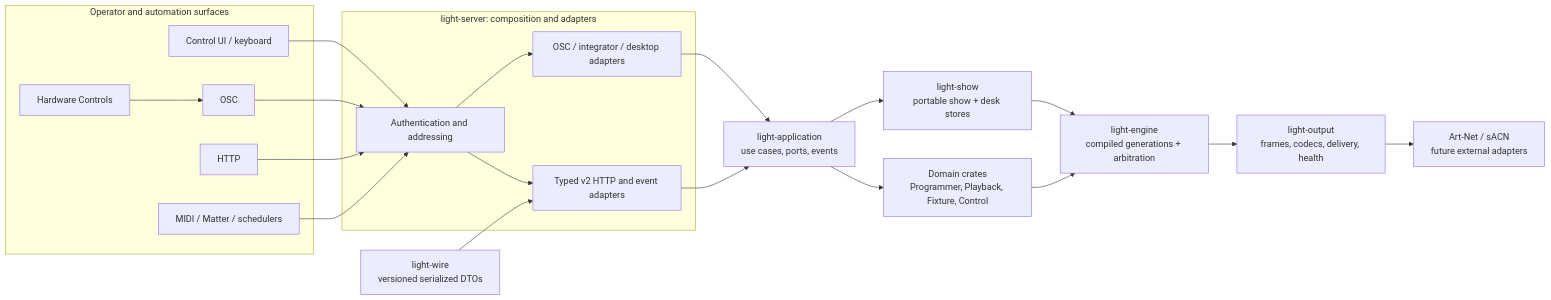
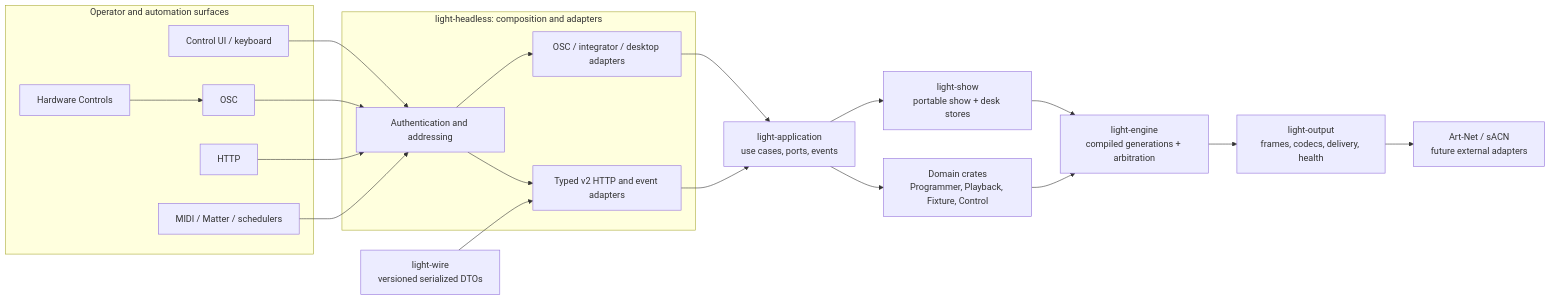
The diagram in docs/engineering/architecture-overview.md (kellertobias/tosklight), drawn with Mermaid before and after one commit. The commit also changed other lines of this file and 2810 other files, not shown here.

````diff
--- a/docs/engineering/architecture-overview.md
+++ b/docs/engineering/architecture-overview.md
@@ -20,41 +20,41 @@
 ```mermaid
 flowchart LR
   subgraph SURFACES["Operator and automation surfaces"]
     UI["Control UI / keyboard"]
     HW["Hardware Controls"]
     OSC["OSC"]
     HTTP["HTTP"]
     INPUTS["MIDI / Matter / schedulers"]
   end
 
-  subgraph SERVER["light-server: composition and adapters"]
+  subgraph SERVER["light-headless: composition and adapters"]
     AUTH["Authentication and addressing"]
     V2["Typed v2 HTTP and event adapters"]
     COMPAT["OSC / integrator / desktop adapters"]
   end
 
   APP["light-application\nuse cases, ports, events"]
   DOMAINS["Domain crates\nProgrammer, Playback, Fixture, Control"]
   SHOW["light-show\nportable show + desk stores"]
   ENGINE["light-engine\ncompiled generations + arbitration"]
   OUTPUT["light-output\nframes, codecs, delivery, health"]
   DRIVERS["Art-Net / sACN\nfuture external adapters"]
   WIRE["light-wire\nversioned serialized DTOs"]
 
   UI --> AUTH
   HW --> OSC
   OSC --> AUTH
   HTTP --> AUTH
   INPUTS --> AUTH
   AUTH --> V2
   AUTH --> COMPAT
   V2 --> APP
   COMPAT --> APP
   WIRE --> V2
   APP --> DOMAINS
   APP --> SHOW
   SHOW --> ENGINE
   DOMAINS --> ENGINE
   ENGINE --> OUTPUT
   OUTPUT --> DRIVERS
 ```
````
